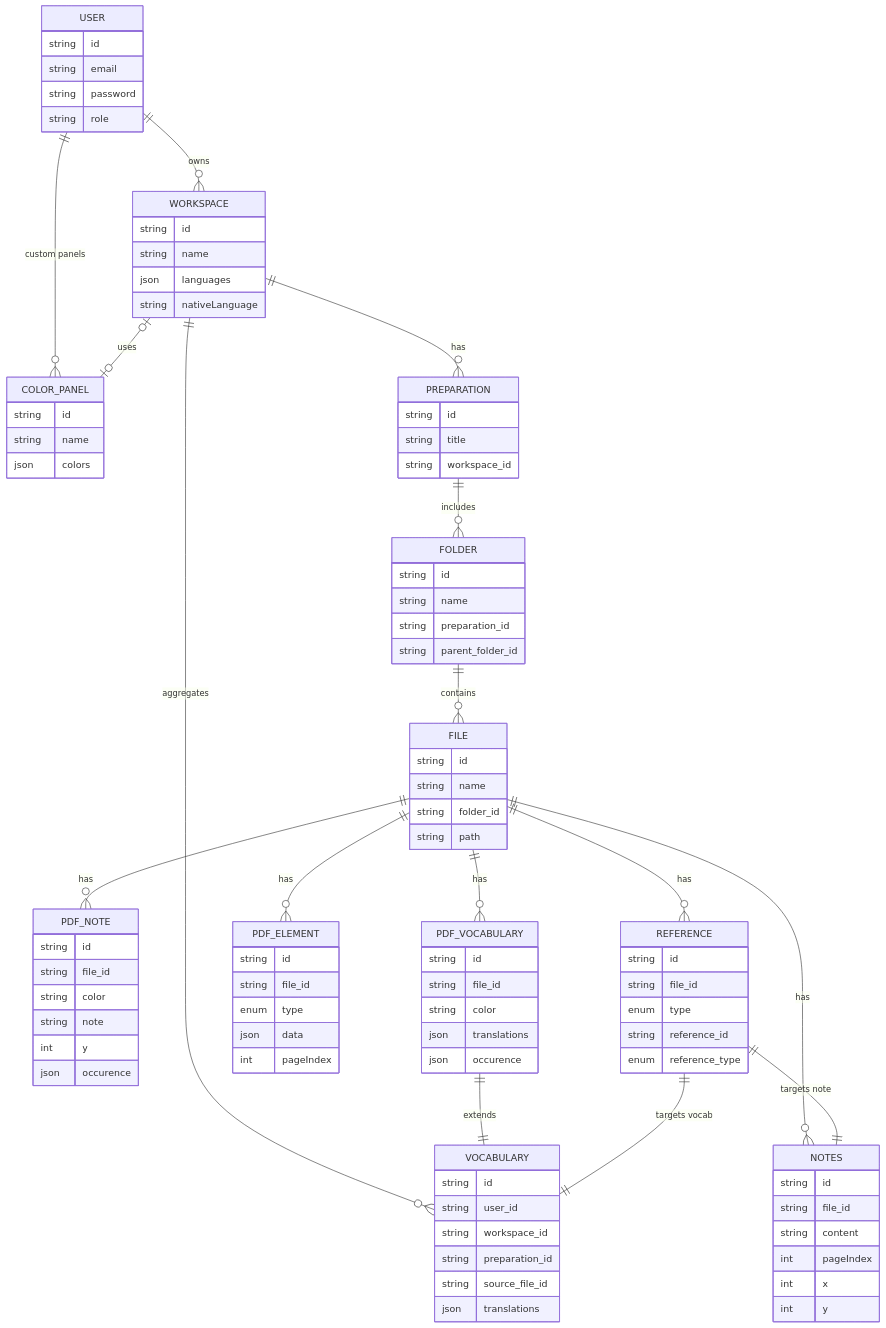
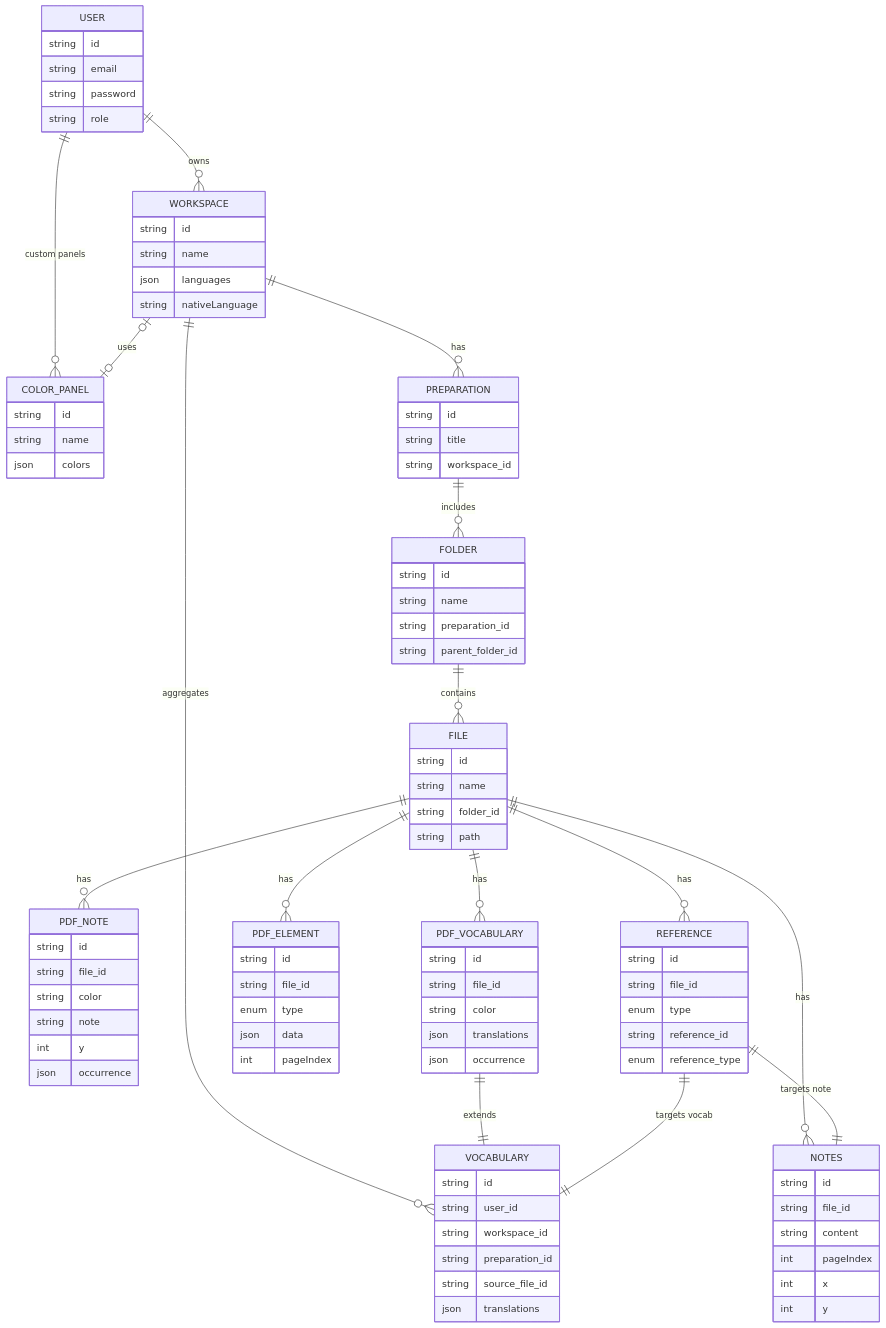
One commit to HadrienSmet/interpetors_monorepo changed the diagram in packages/server/architecture.md. Above: the diagram before and after it, drawn with Mermaid. The commit also changed 139 other files, not shown here.

```diff
--- a/packages/server/architecture.md
+++ b/packages/server/architecture.md
@@ -48,7 +48,7 @@
         string color
         string note
         int y
-        json occurence
+        json occurrence
     }
 
     PDF_VOCABULARY {
@@ -56,7 +56,7 @@
         string file_id
         string color
         json translations
-        json occurence
+        json occurrence
     }
 
     PDF_ELEMENT {
```
